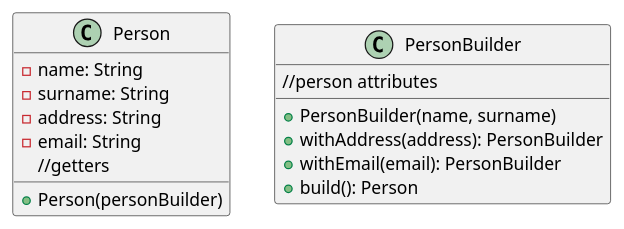
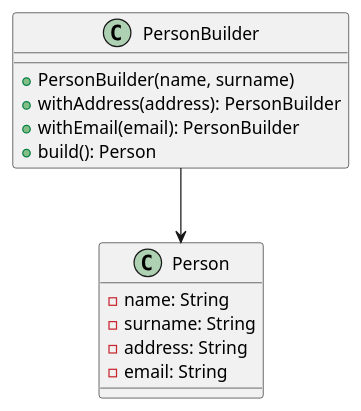
One commit to paguerre3/creational-patterns changed the diagram in cp-samples/src/cp/samples/builder/_builder-diagram.iuml. Above: the diagram before and after it, drawn with PlantUML.

Commit message:
builder plantuml fix

```diff
--- a/cp-samples/src/cp/samples/builder/_builder-diagram.iuml
+++ b/cp-samples/src/cp/samples/builder/_builder-diagram.iuml
@@ -1,20 +1,17 @@
 @startuml
-class Person {
-    -name: String
-    -surname: String
-    -address: String
-    -email: String
-    +Person(personBuilder)
-    //getters
-}
-
 static class PersonBuilder {
-    //person attributes
     +PersonBuilder(name, surname)
     +withAddress(address): PersonBuilder
     +withEmail(email): PersonBuilder
     +build(): Person
 }
 
-Person.Builder --> Person
+class Person {
+    -name: String
+    -surname: String
+    -address: String
+    -email: String
+}
+
+PersonBuilder --> Person
 @enduml
```
